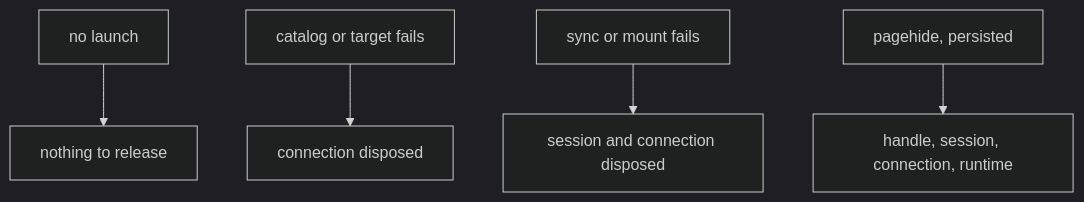
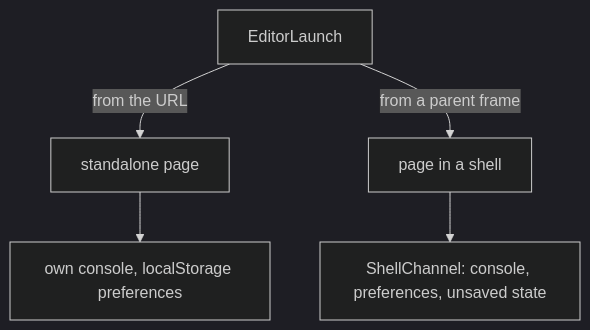
Before and after one commit to JollyPixel/editor: the fifth of 5 diagrams in packages/editors/host/ARCHITECTURE.md, drawn with Mermaid (dark theme). The commit also changed other lines of this file and 237 other files, not shown here.

Commit message:
refactor(editor.host): improve architecture (#1079)

````diff
--- a/packages/editors/host/ARCHITECTURE.md
+++ b/packages/editors/host/ARCHITECTURE.md
@@ -215,7 +70,7 @@
 ```mermaid
 flowchart TB
-    Launch["no launch"] --> Nothing["nothing to release"]
-    Connect["catalog or target fails"] --> Client["connection disposed"]
-    Mount["sync or mount fails"] --> All["session and connection disposed"]
-    Leave["pagehide, persisted"] --> Everything["handle, session, connection, runtime"]
+    Launch["EditorLaunch"] -->|"from the URL"| Alone["standalone page"]
+    Launch -->|"from a parent frame"| Framed["page in a shell"]
+    Alone --> Own["own console, localStorage preferences"]
+    Framed --> Channel["ShellChannel: console, preferences, unsaved state"]
 ```
````
